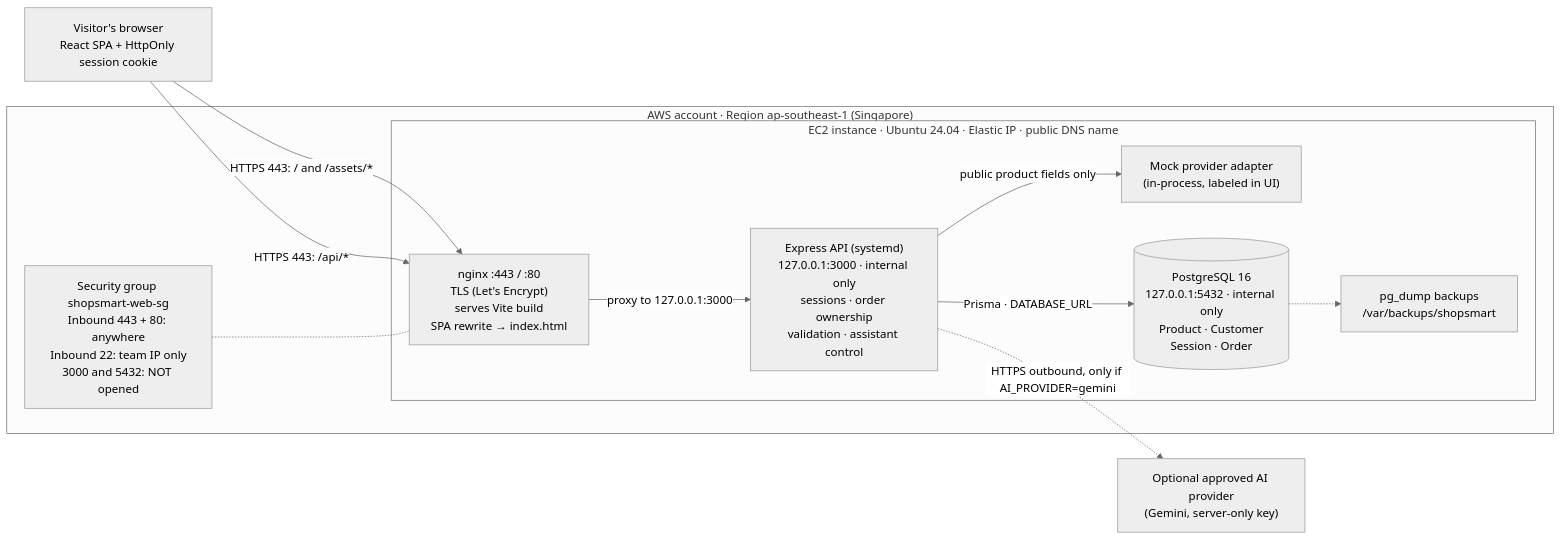
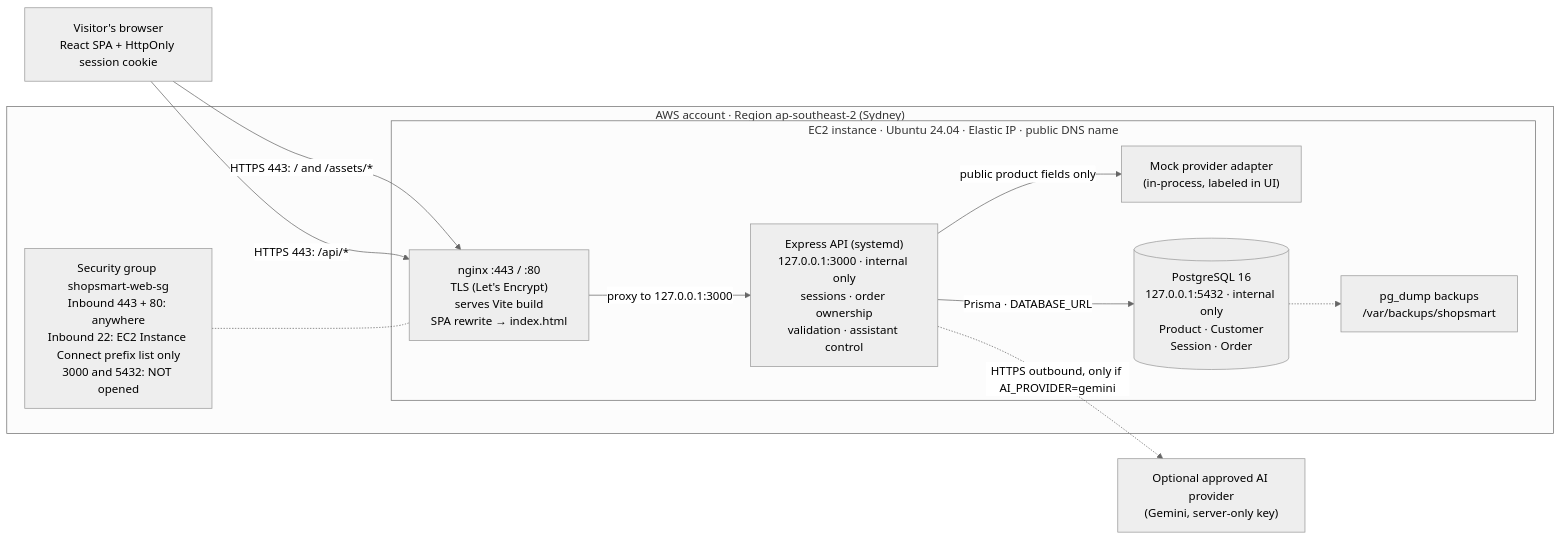
The diagram in docs/diagrams/aws-deployment.mmd (reighbabs27/PDC50_ShopSmart), drawn with Mermaid (neutral theme) before and after one commit. The commit also changed 16 other files, not shown here.

```diff
--- a/docs/diagrams/aws-deployment.mmd
+++ b/docs/diagrams/aws-deployment.mmd
@@ -1,24 +1,24 @@
 flowchart LR
     U["Visitor's browser<br/>React SPA + HttpOnly session cookie"]
 
-    subgraph AWS["AWS account · Region ap-southeast-1 (Singapore)"]
-      R["Security group shopsmart-web-sg<br/>Inbound 443 + 80: anywhere<br/>Inbound 22: team IP only<br/>3000 and 5432: NOT opened"]
+    subgraph AWS["AWS account · Region ap-southeast-2 (Sydney)"]
+      R["Security group shopsmart-web-sg<br/>Inbound 443 + 80: anywhere<br/>Inbound 22: EC2 Instance Connect prefix list only<br/>3000 and 5432: NOT opened"]
       subgraph EC2["EC2 instance · Ubuntu 24.04 · Elastic IP · public DNS name"]
         N["nginx :443 / :80<br/>TLS (Let's Encrypt)<br/>serves Vite build<br/>SPA rewrite → index.html"]
         A["Express API (systemd)<br/>127.0.0.1:3000 · internal only<br/>sessions · order ownership<br/>validation · assistant control"]
         M["Mock provider adapter<br/>(in-process, labeled in UI)"]
         P[("PostgreSQL 16<br/>127.0.0.1:5432 · internal only<br/>Product · Customer<br/>Session · Order")]
         B["pg_dump backups<br/>/var/backups/shopsmart"]
       end
     end
 
     G["Optional approved AI provider<br/>(Gemini, server-only key)"]
 
     U -- "HTTPS 443: / and /assets/*" --> N
     U -- "HTTPS 443: /api/*" --> N
     R -.- N
     N -- "proxy to 127.0.0.1:3000" --> A
     A -- "Prisma · DATABASE_URL" --> P
     P -.-> B
     A -- "public product fields only" --> M
     A -. "HTTPS outbound, only if AI_PROVIDER=gemini" .-> G
```
